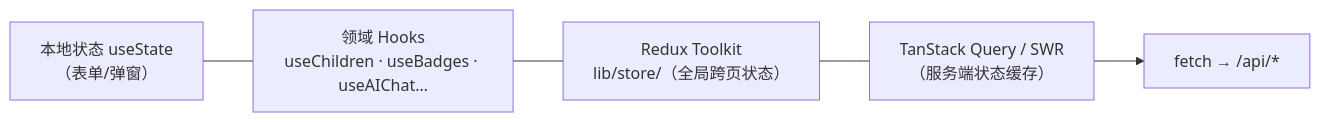
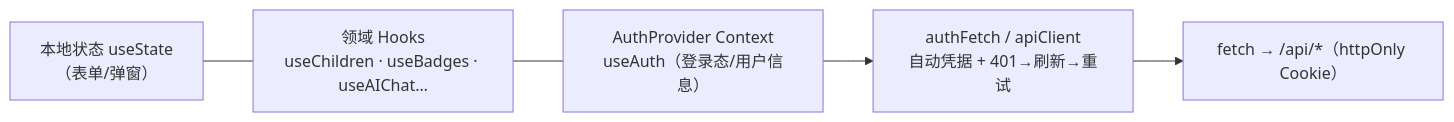
One commit to YYC-Cube/YYC3-Baby changed the diagram in docs/developer/05-frontend.md. Above: the diagram before and after it, drawn with Mermaid. The commit also changed other lines of this file and 10 other files, not shown here.

````diff
--- a/docs/developer/05-frontend.md
+++ b/docs/developer/05-frontend.md
@@ -24,7 +24,7 @@
 ```mermaid
 flowchart LR
     L["本地状态 useState<br/>（表单/弹窗）"] --- H["领域 Hooks<br/>useChildren · useBadges · useAIChat…"]
-    H --- R["Redux Toolkit<br/>lib/store/（全局跨页状态）"]
-    R --- Q["TanStack Query / SWR<br/>（服务端状态缓存）"]
-    Q --> F["fetch → /api/*"]
+    H --- C["AuthProvider Context<br/>useAuth（登录态/用户信息）"]
+    C --> F["authFetch / apiClient<br/>自动凭据 + 401→刷新→重试"]
+    F --> API["fetch → /api/*（httpOnly Cookie）"]
 ```
````
